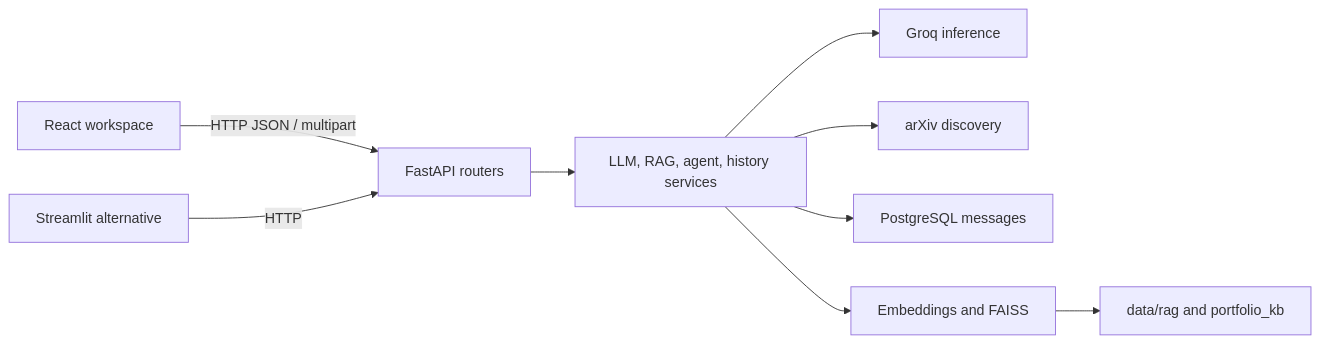
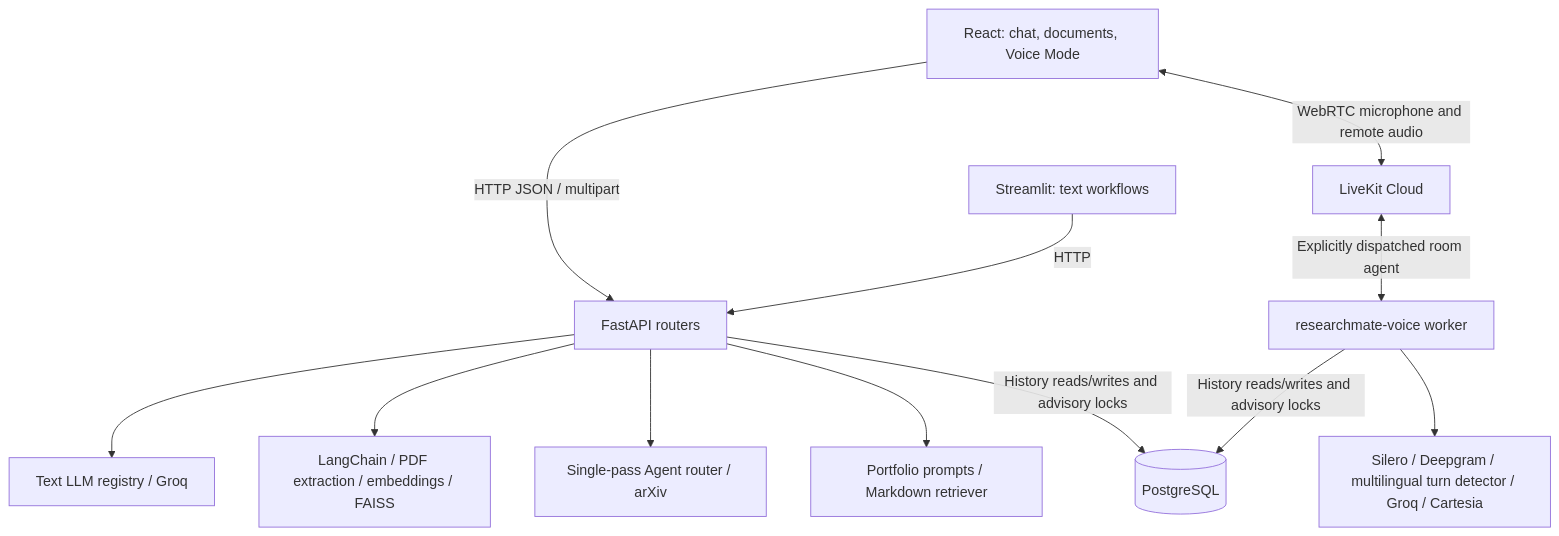
Before and after one commit to miteshgupta07/ResearchMate: the first of 4 diagrams in PROJECT_DEEP_DIVE.md, drawn with Mermaid. The commit also changed other lines of this file, not shown here.

Commit message:
docs: update PROJECT_DEEP_DIVE to enhance clarity on architecture and voice AI pipeline

````diff
--- a/PROJECT_DEEP_DIVE.md
+++ b/PROJECT_DEEP_DIVE.md
@@ -9,11 +9,14 @@
 ```mermaid
-flowchart LR
-    reactUi["React workspace"] -->|"HTTP JSON / multipart"| api["FastAPI routers"]
-    streamlitUi["Streamlit alternative"] -->|"HTTP"| api
-    api --> core["LLM, RAG, agent, history services"]
-    core --> groq["Groq inference"]
-    core --> arxivApi["arXiv discovery"]
-    core --> postgres["PostgreSQL messages"]
-    core --> vectors["Embeddings and FAISS"]
-    vectors --> files["data/rag and portfolio_kb"]
+flowchart TB
+    browser["React: chat, documents, Voice Mode"] -->|"HTTP JSON / multipart"| api["FastAPI routers"]
+    streamlit["Streamlit: text workflows"] -->|HTTP| api
+    api --> llm["Text LLM registry / Groq"]
+    api --> retrieval["LangChain / PDF extraction / embeddings / FAISS"]
+    api --> agent["Single-pass Agent router / arXiv"]
+    api --> portfolio["Portfolio prompts / Markdown retriever"]
+    api -->|"History reads/writes and advisory locks"| db[(PostgreSQL)]
+    browser <-->|"WebRTC microphone and remote audio"| cloud["LiveKit Cloud"]
+    cloud <-->|"Explicitly dispatched room agent"| voice["researchmate-voice worker"]
+    voice --> pipeline["Silero / Deepgram / multilingual turn detector / Groq / Cartesia"]
+    voice -->|"History reads/writes and advisory locks"| db
 ```
````
